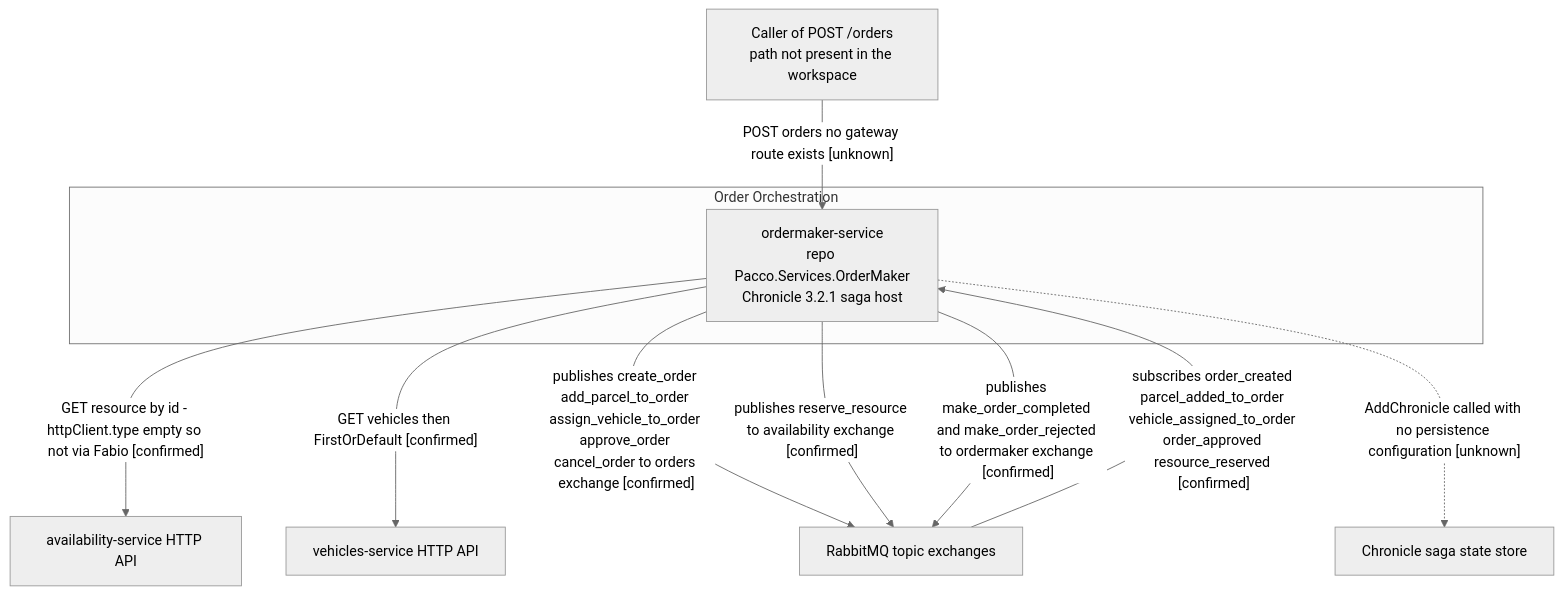
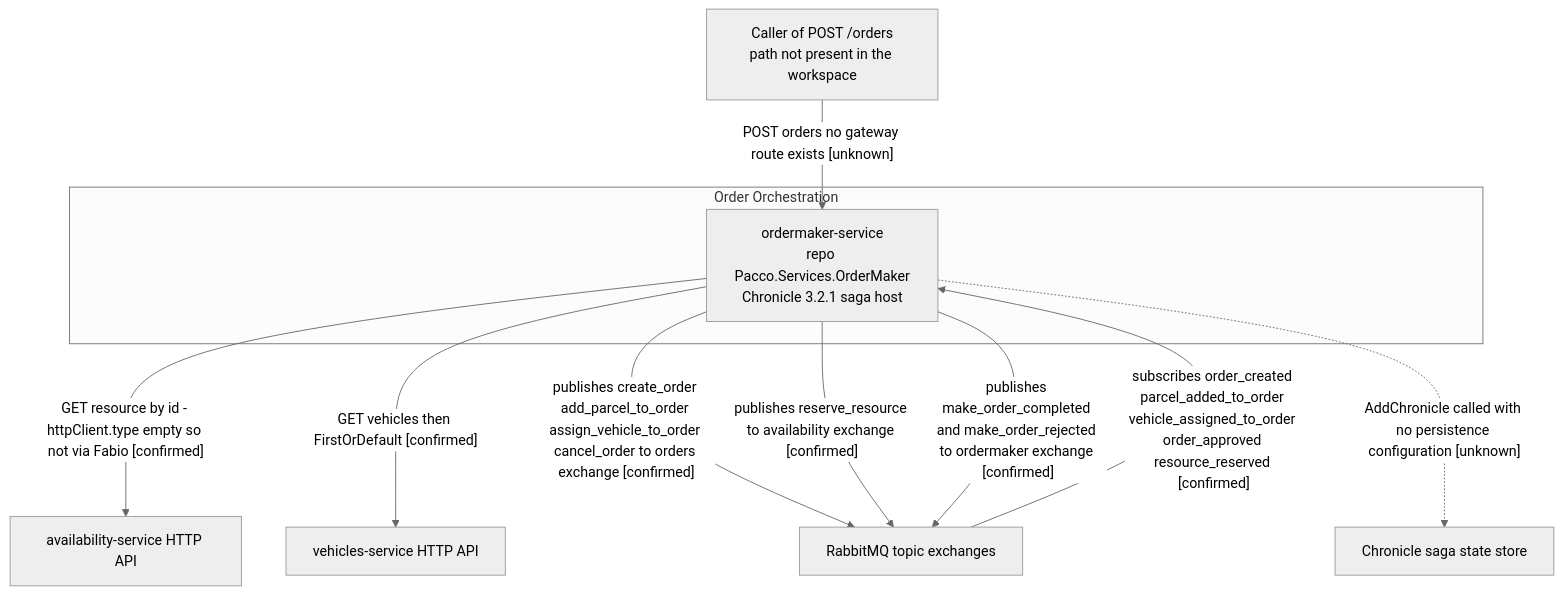
One commit to hianshul100/Pacco.Context changed the fifth of 22 diagrams in docs/architecture-inventory/architecture-views.md. Above: the diagram before and after it, drawn with Mermaid (neutral theme). The commit also changed other lines of this file, not shown here.

First line of the commit message:
docs(architecture-views): correct saga flow, message counts and ER fields

````diff
--- a/docs/architecture-inventory/architecture-views.md
+++ b/docs/architecture-inventory/architecture-views.md
@@ -247,20 +257,20 @@
 ```mermaid
 graph TD
     caller["Caller of POST /orders<br/>path not present in the workspace"]
     subgraph "Order Orchestration"
         om["ordermaker-service<br/>repo Pacco.Services.OrderMaker<br/>Chronicle 3.2.1 saga host"]
     end
     avail["availability-service HTTP API"]
     vehicles["vehicles-service HTTP API"]
     rabbit["RabbitMQ topic exchanges"]
     sagastate["Chronicle saga state store"]
 
     caller -->|"POST orders no gateway route exists [unknown]"| om
     om -->|"GET resource by id - httpClient.type empty so not via Fabio [confirmed]"| avail
     om -->|"GET vehicles then FirstOrDefault [confirmed]"| vehicles
-    om -->|"publishes create_order add_parcel_to_order assign_vehicle_to_order approve_order cancel_order to orders exchange [confirmed]"| rabbit
+    om -->|"publishes create_order add_parcel_to_order assign_vehicle_to_order cancel_order to orders exchange [confirmed]"| rabbit
     om -->|"publishes reserve_resource to availability exchange [confirmed]"| rabbit
     om -->|"publishes make_order_completed and make_order_rejected to ordermaker exchange [confirmed]"| rabbit
     rabbit -->|"subscribes order_created parcel_added_to_order vehicle_assigned_to_order order_approved resource_reserved [confirmed]"| om
     om -.->|"AddChronicle called with no persistence configuration [unknown]"| sagastate
 ```
````
